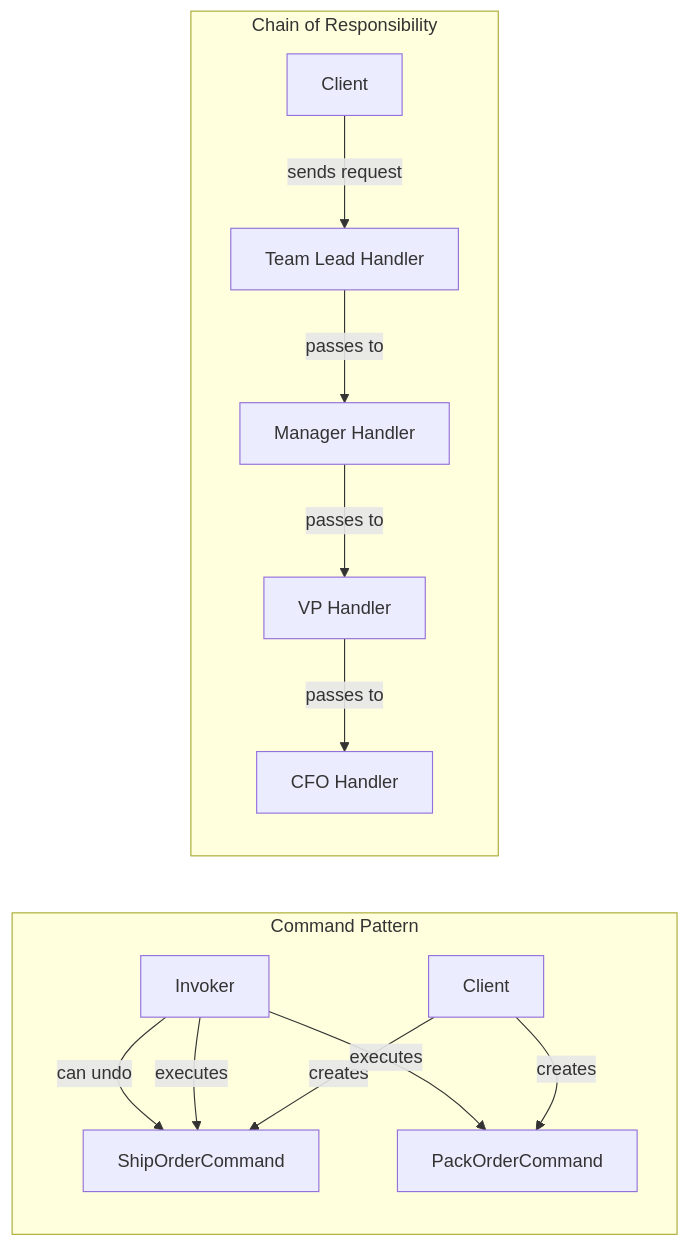
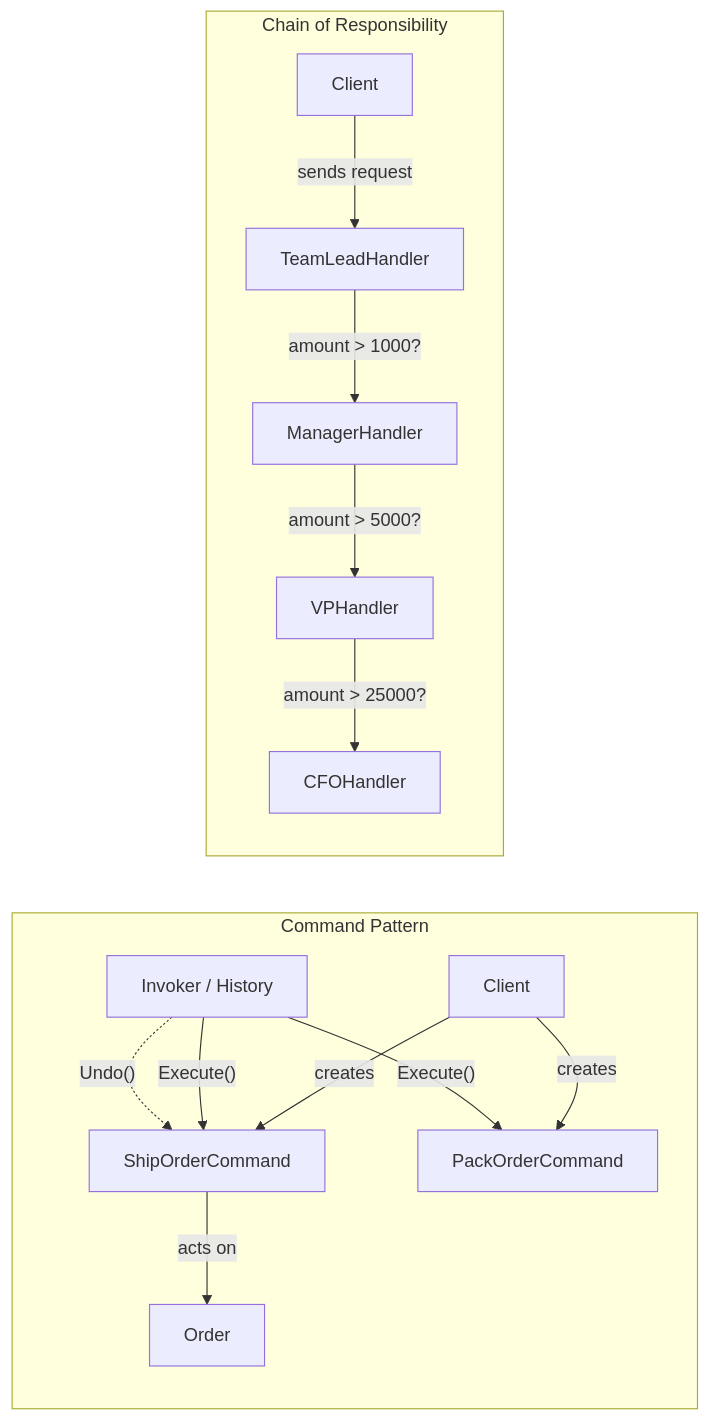
The fifth of 12 diagrams in docs/comparison-maps.md (senapatisantosh/DotnetAdvanceDesignPattern), drawn with Mermaid before and after one commit. The commit also changed other lines of this file and 1 other file, not shown here.

````diff
--- a/docs/comparison-maps.md
+++ b/docs/comparison-maps.md
@@ -229,17 +250,18 @@
 ```mermaid
 graph LR
     subgraph "Command Pattern"
         CMD_Client[Client] -->|creates| CMD_Ship[ShipOrderCommand]
         CMD_Client -->|creates| CMD_Pack[PackOrderCommand]
-        CMD_Invoker[Invoker] -->|executes| CMD_Ship
-        CMD_Invoker -->|executes| CMD_Pack
-        CMD_Invoker -->|can undo| CMD_Ship
+        CMD_Invoker[Invoker / History] -->|"Execute()"| CMD_Ship
+        CMD_Invoker -->|"Execute()"| CMD_Pack
+        CMD_Invoker -.->|"Undo()"| CMD_Ship
+        CMD_Ship -->|acts on| CMD_Receiver[Order]
     end
 
     subgraph "Chain of Responsibility"
-        CoR_Client[Client] -->|sends request| CoR_Lead[Team Lead Handler]
-        CoR_Lead -->|passes to| CoR_Manager[Manager Handler]
-        CoR_Manager -->|passes to| CoR_VP[VP Handler]
-        CoR_VP -->|passes to| CoR_CFO[CFO Handler]
+        CoR_Client[Client] -->|sends request| CoR_Lead[TeamLeadHandler]
+        CoR_Lead -->|"amount > 1000?"| CoR_Manager[ManagerHandler]
+        CoR_Manager -->|"amount > 5000?"| CoR_VP[VPHandler]
+        CoR_VP -->|"amount > 25000?"| CoR_CFO[CFOHandler]
     end
 ```
````
